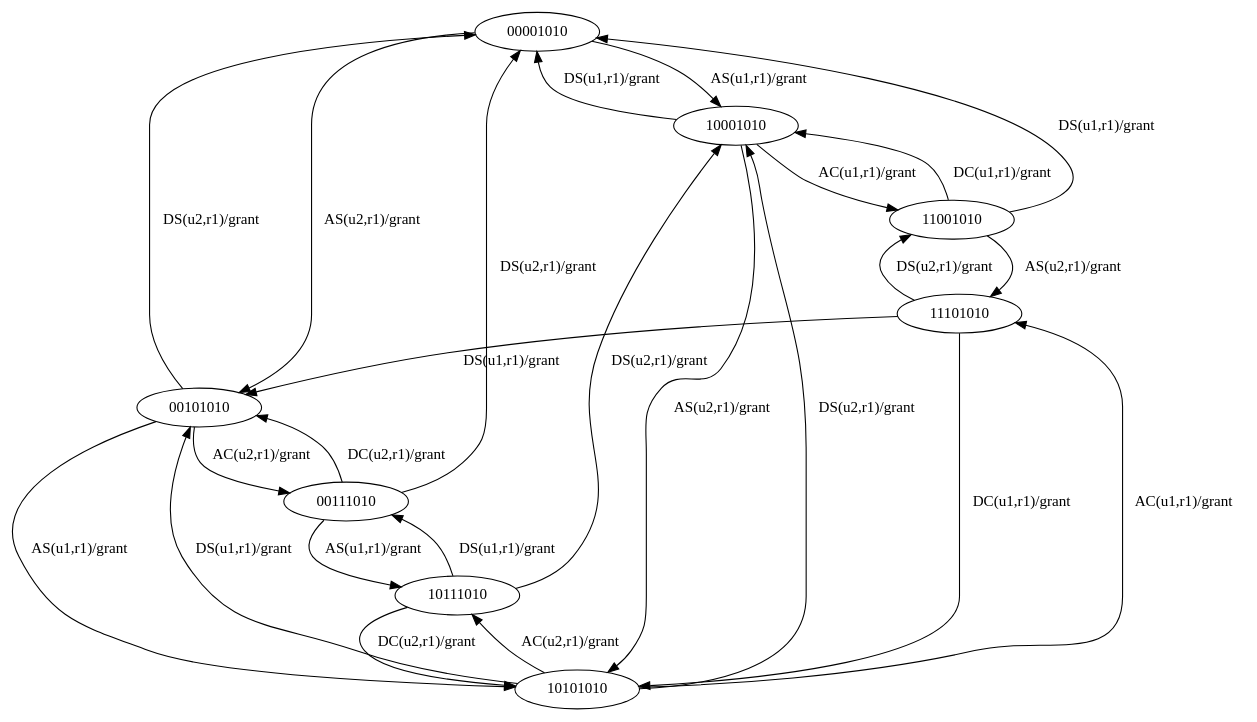
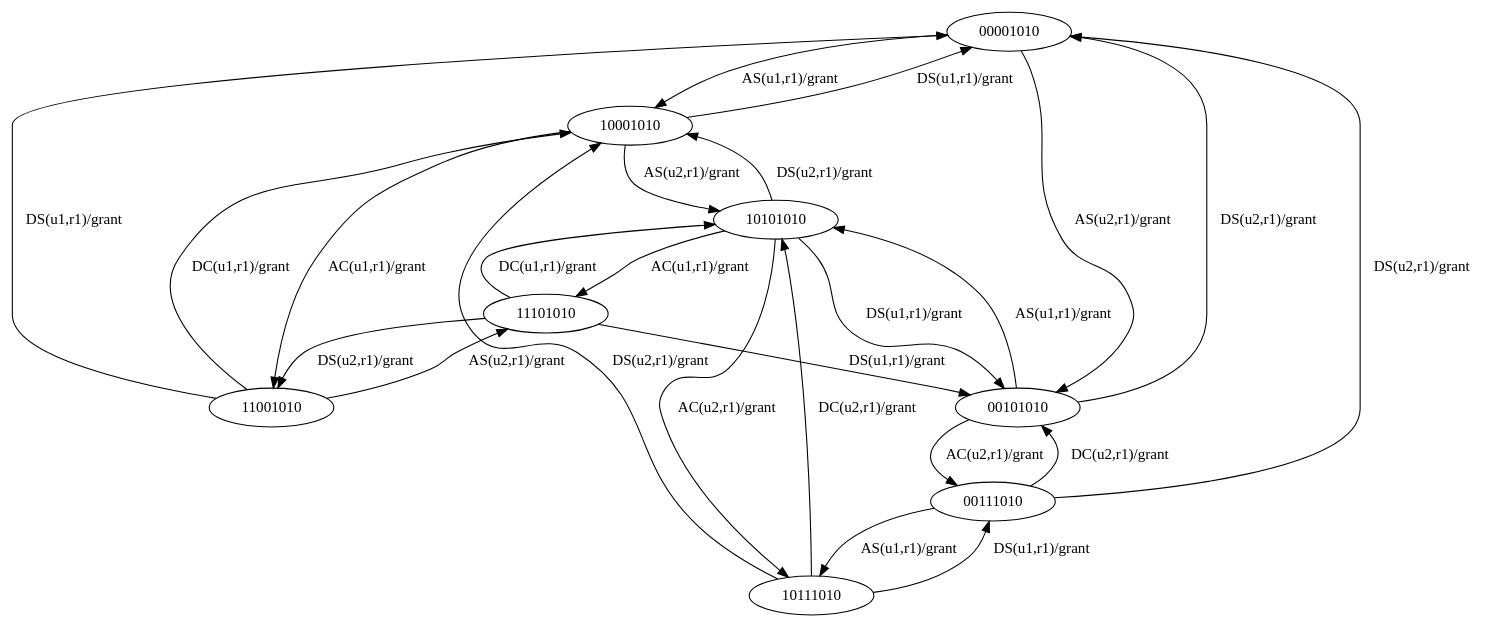
One commit to damascenodiego/rbac-bt changed the diagram in rbac-bt/policy_example/Masood2010Example1/Masood2010Example1.dot. Above: the diagram before and after it, drawn with Graphviz. The commit also changed other lines of this file and 82 other files, not shown here.

```diff
--- a/rbac-bt/policy_example/Masood2010Example1/Masood2010Example1.dot
+++ b/rbac-bt/policy_example/Masood2010Example1/Masood2010Example1.dot
@@ -1,26 +1,26 @@
 digraph rbac2Fsm {
   00001010 -> 10001010 [ label ="AS(u1,r1)/grant"];
   00001010 -> 00101010 [ label ="AS(u2,r1)/grant"];
-  00101010 -> 10101010 [ label ="AS(u1,r1)/grant"];
   10001010 -> 00001010 [ label ="DS(u1,r1)/grant"];
   10001010 -> 11001010 [ label ="AC(u1,r1)/grant"];
   10001010 -> 10101010 [ label ="AS(u2,r1)/grant"];
+  00101010 -> 10101010 [ label ="AS(u1,r1)/grant"];
   00101010 -> 00001010 [ label ="DS(u2,r1)/grant"];
   00101010 -> 00111010 [ label ="AC(u2,r1)/grant"];
-  00111010 -> 10111010 [ label ="AS(u1,r1)/grant"];
   11001010 -> 00001010 [ label ="DS(u1,r1)/grant"];
   10101010 -> 00101010 [ label ="DS(u1,r1)/grant"];
+  00111010 -> 10111010 [ label ="AS(u1,r1)/grant"];
+  10101010 -> 11101010 [ label ="AC(u1,r1)/grant"];
   11001010 -> 10001010 [ label ="DC(u1,r1)/grant"];
-  10101010 -> 11101010 [ label ="AC(u1,r1)/grant"];
   11001010 -> 11101010 [ label ="AS(u2,r1)/grant"];
+  10101010 -> 10001010 [ label ="DS(u2,r1)/grant"];
   00111010 -> 00001010 [ label ="DS(u2,r1)/grant"];
+  10101010 -> 10111010 [ label ="AC(u2,r1)/grant"];
   00111010 -> 00101010 [ label ="DC(u2,r1)/grant"];
-  10101010 -> 10001010 [ label ="DS(u2,r1)/grant"];
-  10101010 -> 10111010 [ label ="AC(u2,r1)/grant"];
+  11101010 -> 00101010 [ label ="DS(u1,r1)/grant"];
   10111010 -> 00111010 [ label ="DS(u1,r1)/grant"];
-  11101010 -> 00101010 [ label ="DS(u1,r1)/grant"];
+  11101010 -> 10101010 [ label ="DC(u1,r1)/grant"];
+  11101010 -> 11001010 [ label ="DS(u2,r1)/grant"];
   10111010 -> 10001010 [ label ="DS(u2,r1)/grant"];
-  11101010 -> 10101010 [ label ="DC(u1,r1)/grant"];
   10111010 -> 10101010 [ label ="DC(u2,r1)/grant"];
-  11101010 -> 11001010 [ label ="DS(u2,r1)/grant"];
 }
```
